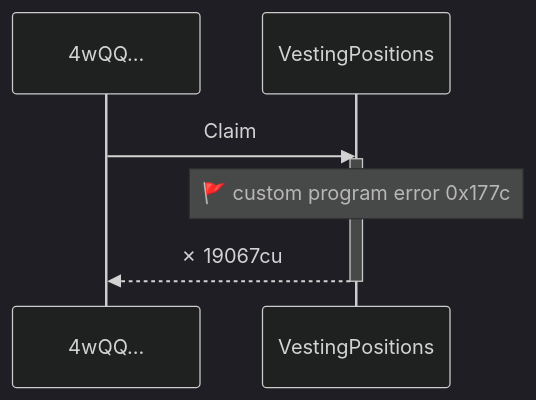
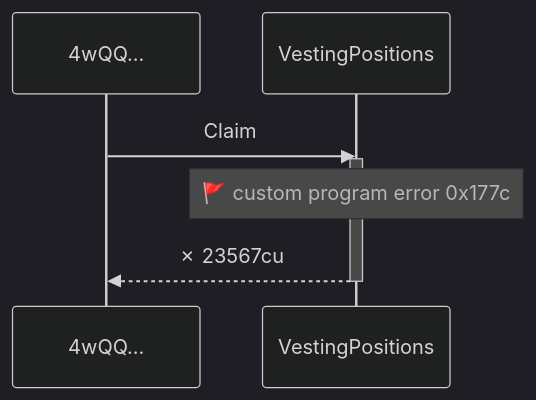
One commit to cds-turbin3/vesting-position changed the seventh of 9 diagrams in babelfish-tests/test-report/scenario_4_replay_first_claim_fails.md. Above: the diagram before and after it, drawn with Mermaid (dark theme). The commit also changed other lines of this file and 106 other files, not shown here.

````diff
--- a/babelfish-tests/test-report/scenario_4_replay_first_claim_fails.md
+++ b/babelfish-tests/test-report/scenario_4_replay_first_claim_fails.md
@@ -367,10 +379,10 @@
 ```mermaid
 sequenceDiagram
     participant p0 as 4wQQ…
     participant p1 as VestingPositions
     p0->>p1: Claim
     activate p1
     note over p1: 🚩 custom program error  0x177c
-    p1-->>p0: ✗ 19067cu
+    p1-->>p0: ✗ 23567cu
     deactivate p1
 ```
````
